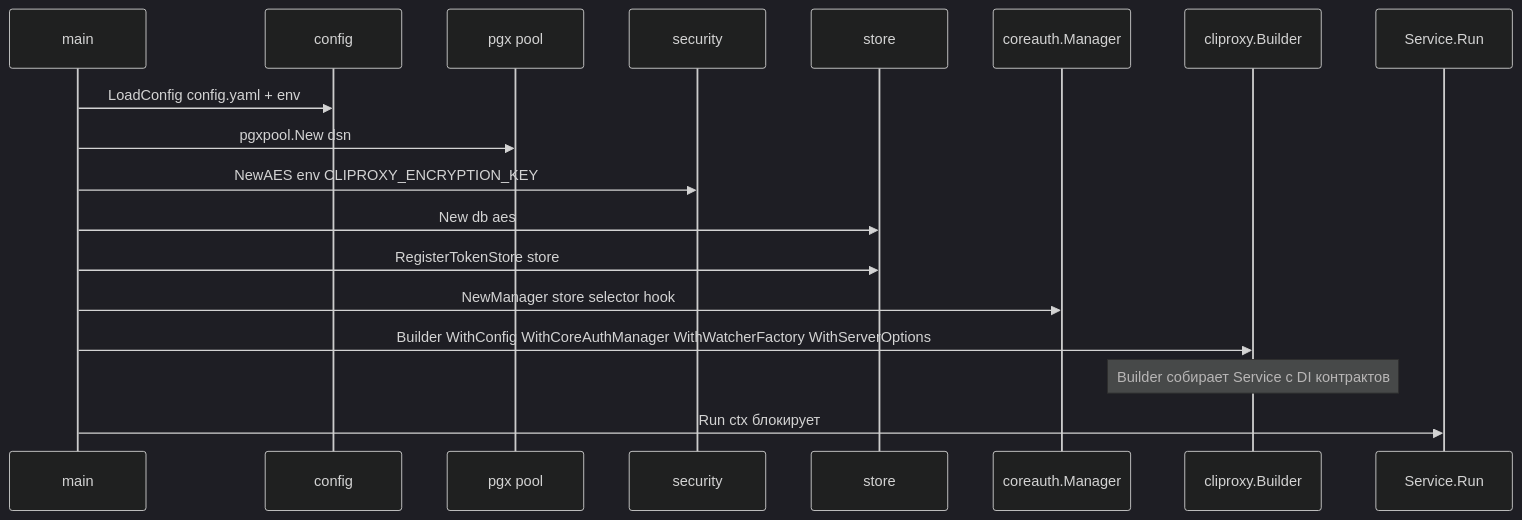
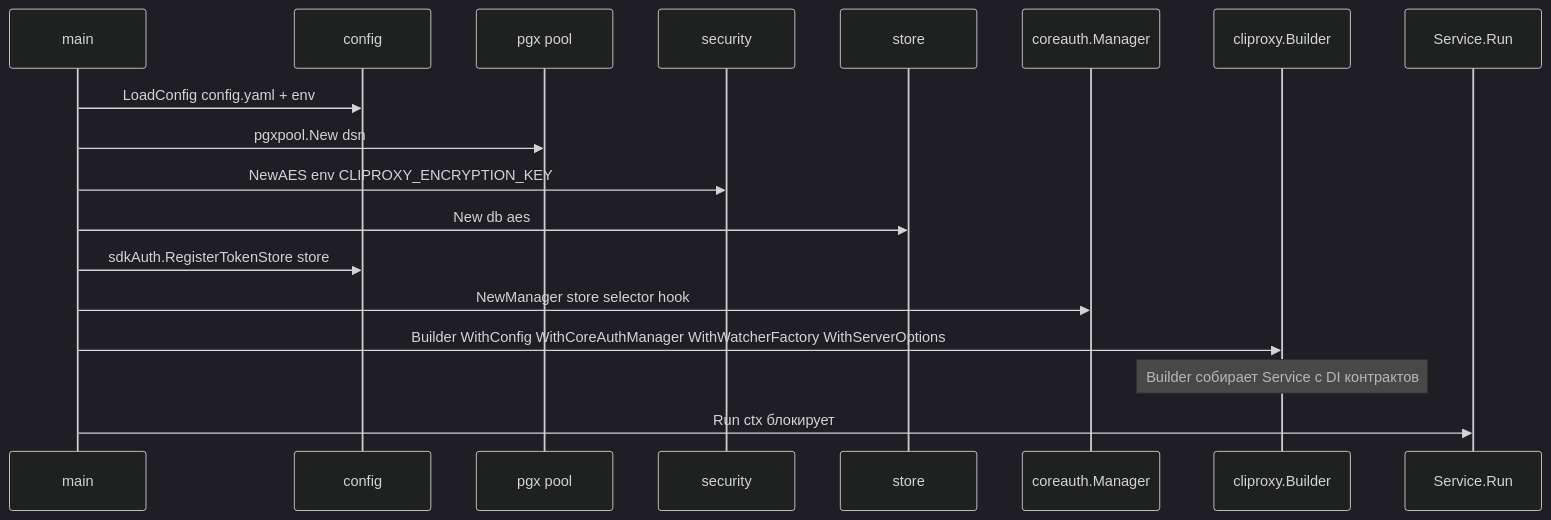
One commit to ilyast91/CLIProxyNew changed the second of 7 diagrams in docs/architecture.md. Above: the diagram before and after it, drawn with Mermaid (dark theme). The commit also changed 3 other files, not shown here.

````diff
--- a/docs/architecture.md
+++ b/docs/architecture.md
@@ -79,21 +79,21 @@
 ```mermaid
 sequenceDiagram
     participant M as main
     participant C as config
     participant DB as pgx pool
     participant S as security
     participant Store as store
     participant CoreMgr as coreauth.Manager
     participant B as cliproxy.Builder
     participant Svc as Service.Run
 
     M->>C: LoadConfig config.yaml + env
     M->>DB: pgxpool.New dsn
     M->>S: NewAES env CLIPROXY_ENCRYPTION_KEY
     M->>Store: New db aes
-    M->>Store: RegisterTokenStore store
+    M->>C: sdkAuth.RegisterTokenStore store
     M->>CoreMgr: NewManager store selector hook
     M->>B: Builder WithConfig WithCoreAuthManager WithWatcherFactory WithServerOptions
     Note over B: Builder собирает Service с DI контрактов
     M->>Svc: Run ctx блокирует
 ```
````
